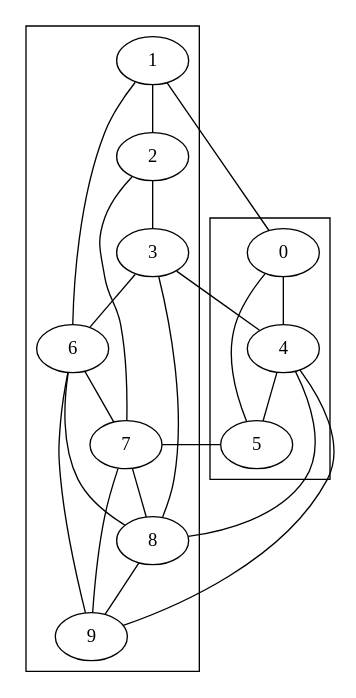
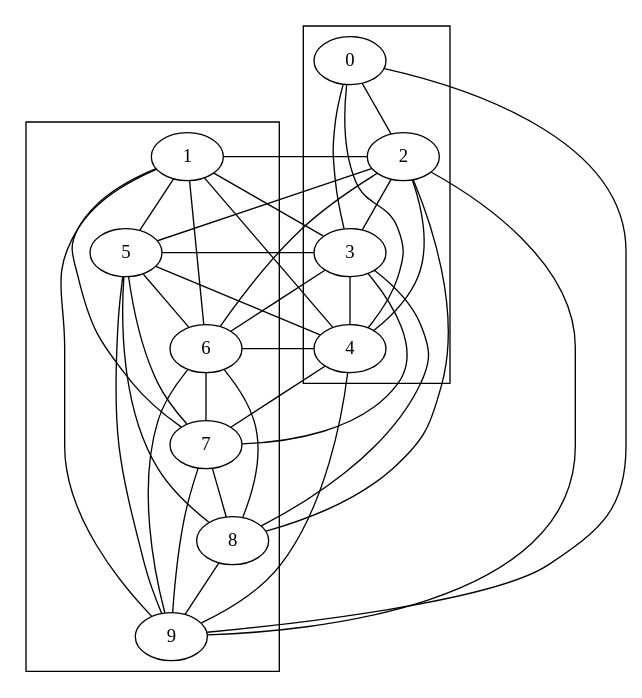
Before and after one commit to lrodrin/masterAI: the diagram in A2/spectral_bisection/sb.dot, drawn with Graphviz. The commit also changed 32 other files, not shown here.

```diff
--- a/A2/spectral_bisection/sb.dot
+++ b/A2/spectral_bisection/sb.dot
@@ -1,42 +1,62 @@
 strict graph  {
 0;
 1;
 2;
 3;
 4;
 5;
 6;
 7;
 8;
 9;
-0 -- 1  [weight=3];
-0 -- 4  [weight=10];
-0 -- 5  [weight=2];
-1 -- 2  [weight=5];
-1 -- 6  [weight=2];
-2 -- 3  [weight=8];
-2 -- 7  [weight=8];
-3 -- 4  [weight=7];
-3 -- 8  [weight=8];
-4 -- 5  [weight=4];
-4 -- 8  [weight=2];
-4 -- 9  [weight=8];
-5 -- 7  [weight=1];
-6 -- 8  [weight=7];
-6 -- 9  [weight=7];
-7 -- 9  [weight=10];
+0 -- 2  [weight=3];
+0 -- 3  [weight=6];
+0 -- 4  [weight=18];
+0 -- 9  [weight=5];
+1 -- 2  [weight=10];
+1 -- 3  [weight=15];
+1 -- 4  [weight=17];
+1 -- 5  [weight=4];
+1 -- 6  [weight=12];
+1 -- 7  [weight=13];
+1 -- 9  [weight=16];
+2 -- 3  [weight=2];
+2 -- 4  [weight=14];
+2 -- 5  [weight=6];
+2 -- 6  [weight=10];
+2 -- 8  [weight=1];
+2 -- 9  [weight=5];
+3 -- 4  [weight=17];
+3 -- 5  [weight=8];
+3 -- 6  [weight=3];
+3 -- 7  [weight=4];
+3 -- 8  [weight=11];
+4 -- 5  [weight=2];
+4 -- 6  [weight=2];
+4 -- 7  [weight=15];
+4 -- 9  [weight=1];
+5 -- 6  [weight=12];
+5 -- 7  [weight=17];
+5 -- 8  [weight=8];
+5 -- 9  [weight=6];
+6 -- 7  [weight=11];
+6 -- 8  [weight=16];
+6 -- 9  [weight=4];
+7 -- 8  [weight=7];
+7 -- 9  [weight=16];
+8 -- 9  [weight=4];
 subgraph cluster_A {
-0 -- 4;
-4 -- 5;
+0 -- 2;
+2 -- 3;
+3 -- 4;
 }
 
 subgraph cluster_B {
-1 -- 2;
-2 -- 3;
-3 -- 6;
+1 -- 5;
+5 -- 6;
 6 -- 7;
 7 -- 8;
 8 -- 9;
 }
 
 }
```
